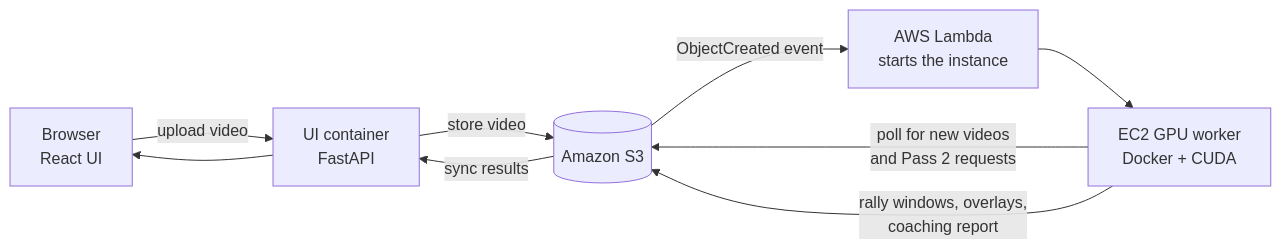
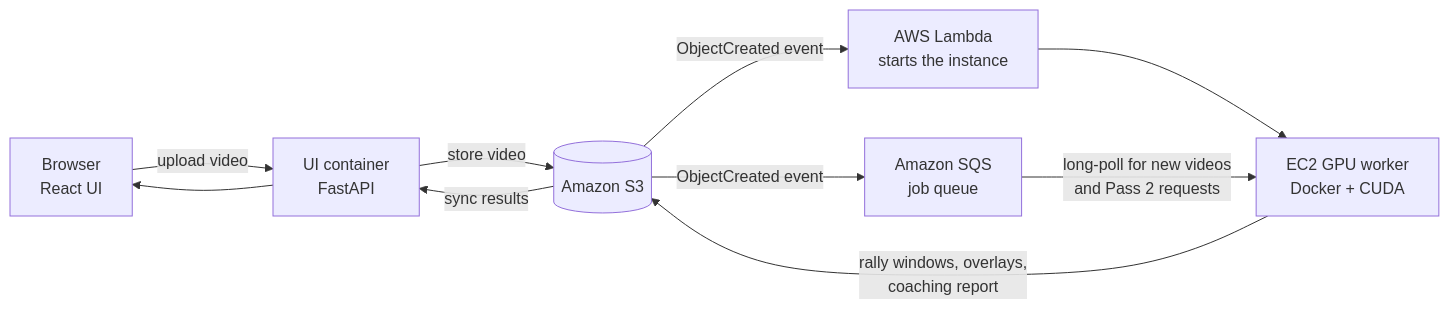
One commit to rohannuthi7/PickleIQ changed the diagram in README.md. Above: the diagram before and after it, drawn with Mermaid. The commit also changed other lines of this file and 1 other file, not shown here.

Commit message:
docs(readme): describe the SQS job queue added on main

````diff
--- a/README.md
+++ b/README.md
@@ -24,11 +24,12 @@
 ```mermaid
 flowchart LR
     B[Browser<br/>React UI] -->|upload video| UI[UI container<br/>FastAPI]
     UI -->|store video| S3[(Amazon S3)]
     S3 -->|ObjectCreated event| L[AWS Lambda<br/>starts the instance]
+    S3 -->|ObjectCreated event| Q[Amazon SQS<br/>job queue]
     L --> W[EC2 GPU worker<br/>Docker + CUDA]
-    W -->|poll for new videos<br/>and Pass 2 requests| S3
+    Q -->|long-poll for new videos<br/>and Pass 2 requests| W
     W -->|rally windows, overlays,<br/>coaching report| S3
     S3 -->|sync results| UI
     UI --> B
 ```
````
